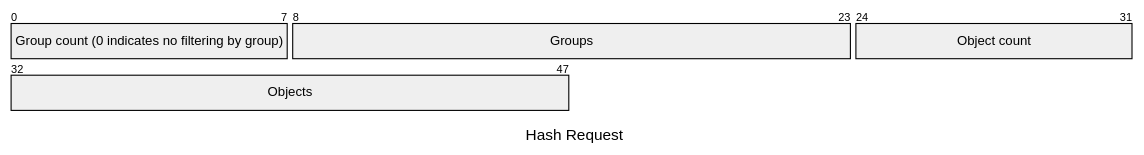
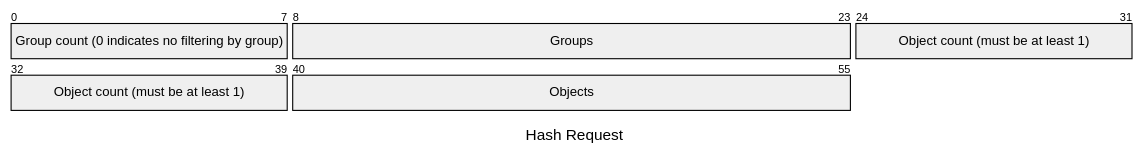
Before and after one commit to xmidt-org/hashy: the second of 5 diagrams in README.md, drawn with Mermaid. The commit also changed other lines of this file, not shown here.

````diff
--- a/README.md
+++ b/README.md
@@ -92,10 +92,10 @@
 ```mermaid
 ---
 title: "Hash Request"
 ---
 packet
 +8: "Group count (0 indicates no filtering by group)"
 +16: "Groups"
-+8: "Object count"
++16: "Object count (must be at least 1)"
 +16: "Objects"
 ```
````
